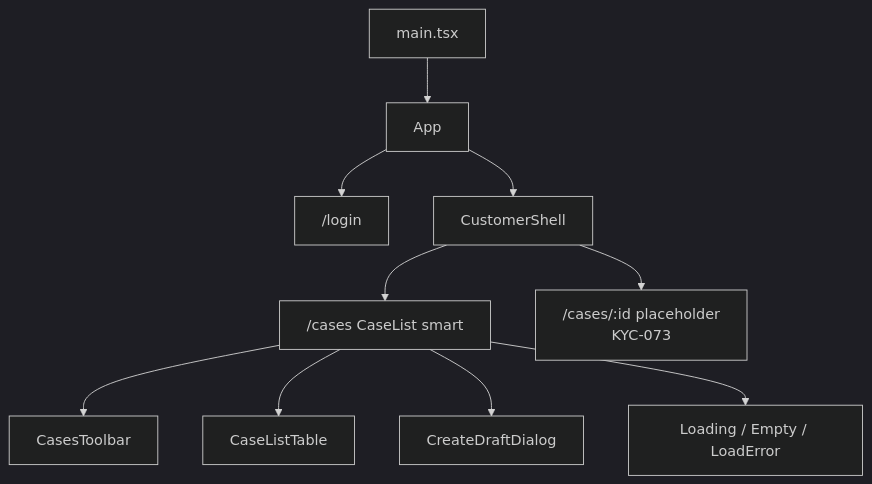
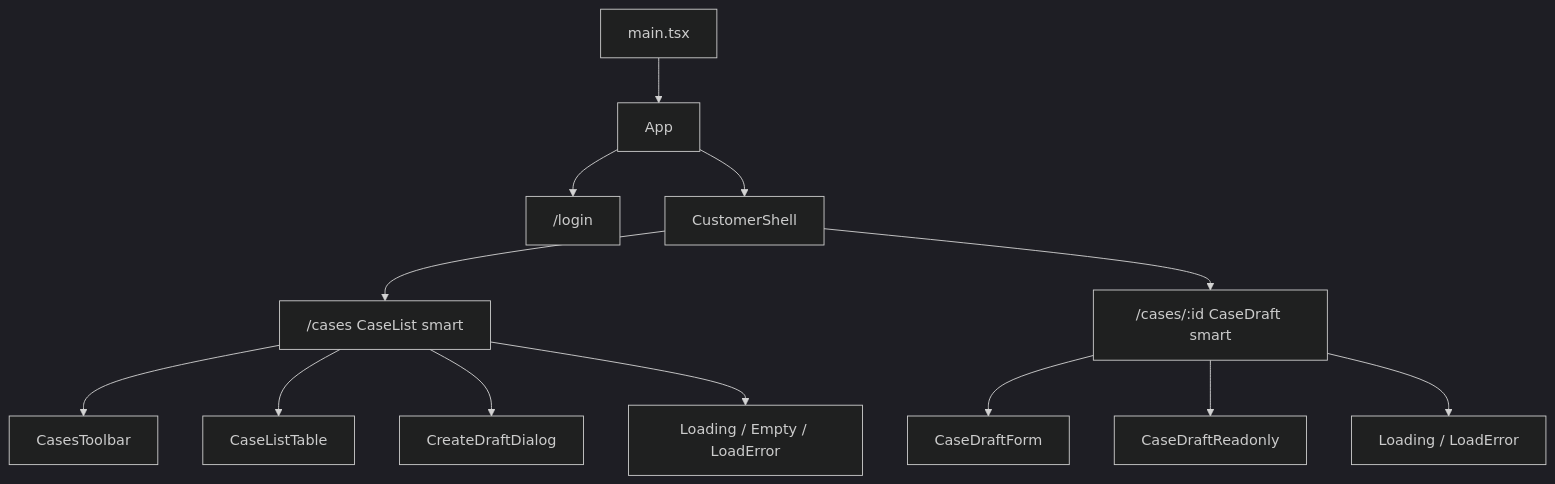
Before and after one commit to SDS37/kyc-multi-frontend: the diagram in apps/react-customer/README.md, drawn with Mermaid (dark theme). The commit also changed other lines of this file and 18 other files, not shown here.

First line of the commit message:
feat(react): KYC-073 customer draft form edit and submit (#103)

````diff
--- a/apps/react-customer/README.md
+++ b/apps/react-customer/README.md
@@ -43,12 +43,15 @@
 ```mermaid
 flowchart TB
   Main["main.tsx"] --> App["App"]
   App --> Login["/login"]
   App --> Shell["CustomerShell"]
   Shell --> Cases["/cases CaseList smart"]
-  Shell --> Draft["/cases/:id placeholder<br/>KYC-073"]
+  Shell --> Draft["/cases/:id CaseDraft smart"]
   Cases --> Toolbar["CasesToolbar"]
   Cases --> Table["CaseListTable"]
   Cases --> Dialog["CreateDraftDialog"]
   Cases --> Status["Loading / Empty / LoadError"]
+  Draft --> Form["CaseDraftForm"]
+  Draft --> Readonly["CaseDraftReadonly"]
+  Draft --> DraftStatus["Loading / LoadError"]
 ```
````
